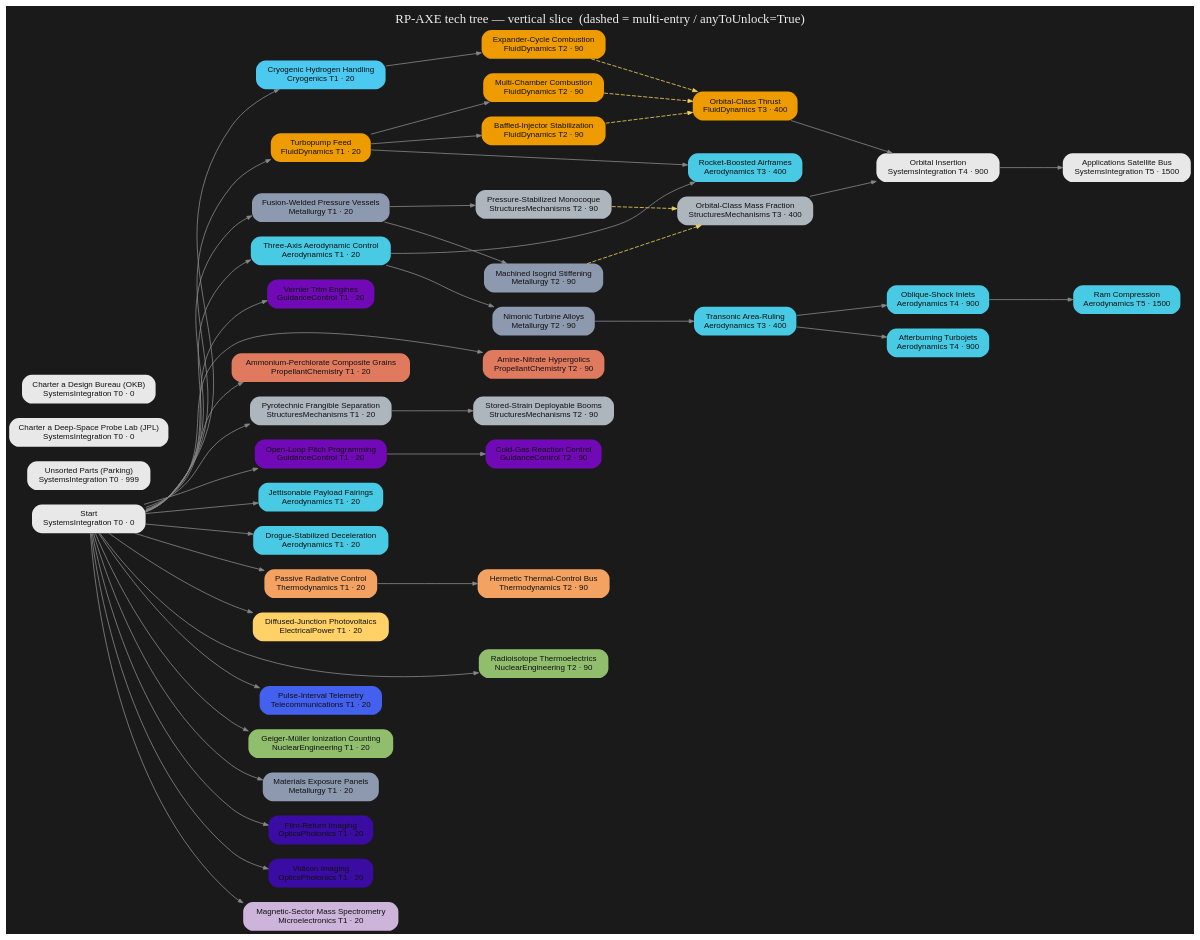
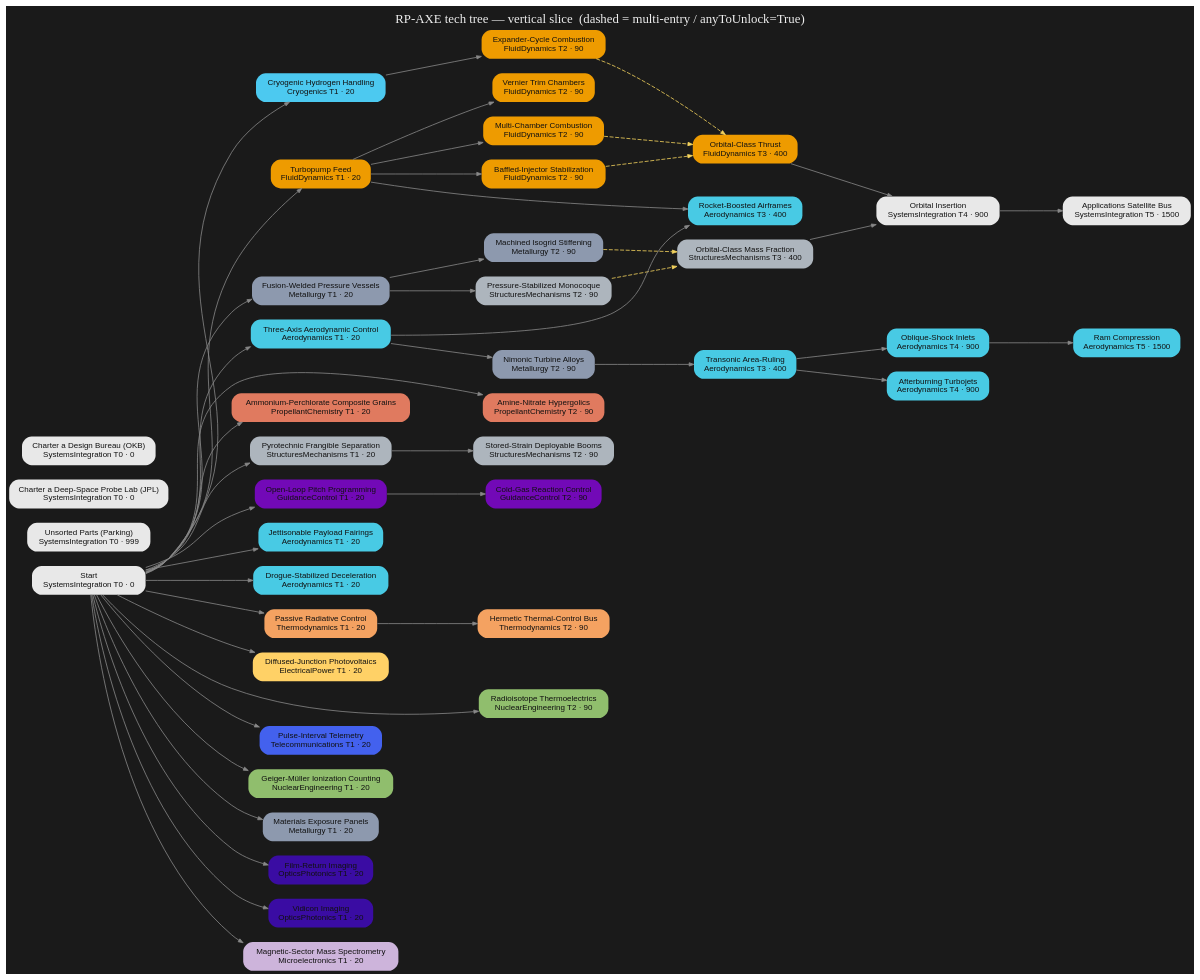
The diagram in tree/render/axe-tree.dot (miskoltrans/RP-AXE), drawn with Graphviz before and after one commit. The commit also changed 5 other files, not shown here.

First line of the commit message:
tree: move verniers to Fluid Dynamics T2 (home by propulsion, not function)

```diff
--- a/tree/render/axe-tree.dot
+++ b/tree/render/axe-tree.dot
@@ -1,98 +1,98 @@
 digraph AXE {
   rankdir=LR; bgcolor="#1a1a1a"; nodesep=0.25; ranksep=1.1;
   node[shape=box,style="filled,rounded",fontname="Helvetica",fontsize=10,color="#00000000"];
   edge[color="#888888",arrowsize=0.6];
   "start" [label="Start\nSystemsIntegration T0 · 0",fillcolor="#e8e8e8",fontcolor="#111111"];
   "parking" [label="Unsorted Parts (Parking)\nSystemsIntegration T0 · 999",fillcolor="#e8e8e8",fontcolor="#111111"];
   "hire_JPL" [label="Charter a Deep-Space Probe Lab (JPL)\nSystemsIntegration T0 · 0",fillcolor="#e8e8e8",fontcolor="#111111"];
   "hire_OKB" [label="Charter a Design Bureau (OKB)\nSystemsIntegration T0 · 0",fillcolor="#e8e8e8",fontcolor="#111111"];
   "fd_turbopumpFeed" [label="Turbopump Feed\nFluidDynamics T1 · 20",fillcolor="#ee9b00",fontcolor="#111111"];
   "fd_multiChamber" [label="Multi-Chamber Combustion\nFluidDynamics T2 · 90",fillcolor="#ee9b00",fontcolor="#111111"];
   "fd_baffledInjector" [label="Baffled-Injector Stabilization\nFluidDynamics T2 · 90",fillcolor="#ee9b00",fontcolor="#111111"];
-  "fd_verniers" [label="Vernier Trim Engines\nGuidanceControl T1 · 20",fillcolor="#7209b7",fontcolor="#111111"];
+  "fd_verniers" [label="Vernier Trim Chambers\nFluidDynamics T2 · 90",fillcolor="#ee9b00",fontcolor="#111111"];
   "pc_hypergolics" [label="Amine-Nitrate Hypergolics\nPropellantChemistry T2 · 90",fillcolor="#e07a5f",fontcolor="#111111"];
   "cryo_hydrogen" [label="Cryogenic Hydrogen Handling\nCryogenics T1 · 20",fillcolor="#4cc9f0",fontcolor="#111111"];
   "fd_expanderCycle" [label="Expander-Cycle Combustion\nFluidDynamics T2 · 90",fillcolor="#ee9b00",fontcolor="#111111"];
   "fd_orbitalThrust" [label="Orbital-Class Thrust\nFluidDynamics T3 · 400",fillcolor="#ee9b00",fontcolor="#111111"];
   "pc_solidGrains" [label="Ammonium-Perchlorate Composite Grains\nPropellantChemistry T1 · 20",fillcolor="#e07a5f",fontcolor="#111111"];
   "met_weldedTank" [label="Fusion-Welded Pressure Vessels\nMetallurgy T1 · 20",fillcolor="#8d99ae",fontcolor="#111111"];
   "met_isogrid" [label="Machined Isogrid Stiffening\nMetallurgy T2 · 90",fillcolor="#8d99ae",fontcolor="#111111"];
   "str_balloonTank" [label="Pressure-Stabilized Monocoque\nStructuresMechanisms T2 · 90",fillcolor="#adb5bd",fontcolor="#111111"];
   "str_orbitalMassFraction" [label="Orbital-Class Mass Fraction\nStructuresMechanisms T3 · 400",fillcolor="#adb5bd",fontcolor="#111111"];
   "str_staging" [label="Pyrotechnic Frangible Separation\nStructuresMechanisms T1 · 20",fillcolor="#adb5bd",fontcolor="#111111"];
   "gnc_pitchProgram" [label="Open-Loop Pitch Programming\nGuidanceControl T1 · 20",fillcolor="#7209b7",fontcolor="#111111"];
   "gnc_rcs" [label="Cold-Gas Reaction Control\nGuidanceControl T2 · 90",fillcolor="#7209b7",fontcolor="#111111"];
   "str_booms" [label="Stored-Strain Deployable Booms\nStructuresMechanisms T2 · 90",fillcolor="#adb5bd",fontcolor="#111111"];
   "aero_fairings" [label="Jettisonable Payload Fairings\nAerodynamics T1 · 20",fillcolor="#48cae4",fontcolor="#111111"];
   "aero_recovery" [label="Drogue-Stabilized Deceleration\nAerodynamics T1 · 20",fillcolor="#48cae4",fontcolor="#111111"];
   "th_radiativeControl" [label="Passive Radiative Control\nThermodynamics T1 · 20",fillcolor="#f4a261",fontcolor="#111111"];
   "th_hermeticBus" [label="Hermetic Thermal-Control Bus\nThermodynamics T2 · 90",fillcolor="#f4a261",fontcolor="#111111"];
   "elec_siliconPV" [label="Diffused-Junction Photovoltaics\nElectricalPower T1 · 20",fillcolor="#ffd166",fontcolor="#111111"];
   "nuc_rtg" [label="Radioisotope Thermoelectrics\nNuclearEngineering T2 · 90",fillcolor="#90be6d",fontcolor="#111111"];
   "tel_telemetry" [label="Pulse-Interval Telemetry\nTelecommunications T1 · 20",fillcolor="#4361ee",fontcolor="#111111"];
   "nuc_geiger" [label="Geiger-Müller Ionization Counting\nNuclearEngineering T1 · 20",fillcolor="#90be6d",fontcolor="#111111"];
   "met_exposurePanels" [label="Materials Exposure Panels\nMetallurgy T1 · 20",fillcolor="#8d99ae",fontcolor="#111111"];
   "opt_filmReturn" [label="Film-Return Imaging\nOpticsPhotonics T1 · 20",fillcolor="#3a0ca3",fontcolor="#111111"];
   "opt_vidicon" [label="Vidicon Imaging\nOpticsPhotonics T1 · 20",fillcolor="#3a0ca3",fontcolor="#111111"];
   "mic_massSpec" [label="Magnetic-Sector Mass Spectrometry\nMicroelectronics T1 · 20",fillcolor="#cdb4db",fontcolor="#111111"];
   "int_orbitalInsertion" [label="Orbital Insertion\nSystemsIntegration T4 · 900",fillcolor="#e8e8e8",fontcolor="#111111"];
   "int_applicationsSat" [label="Applications Satellite Bus\nSystemsIntegration T5 · 1500",fillcolor="#e8e8e8",fontcolor="#111111"];
   "xplaneStart" [label="Three-Axis Aerodynamic Control\nAerodynamics T1 · 20",fillcolor="#48cae4",fontcolor="#111111"];
   "met_turbineAlloys" [label="Nimonic Turbine Alloys\nMetallurgy T2 · 90",fillcolor="#8d99ae",fontcolor="#111111"];
   "aero_areaRule" [label="Transonic Area-Ruling\nAerodynamics T3 · 400",fillcolor="#48cae4",fontcolor="#111111"];
   "aero_shockInlets" [label="Oblique-Shock Inlets\nAerodynamics T4 · 900",fillcolor="#48cae4",fontcolor="#111111"];
   "aero_afterburner" [label="Afterburning Turbojets\nAerodynamics T4 · 900",fillcolor="#48cae4",fontcolor="#111111"];
   "aero_ramjet" [label="Ram Compression\nAerodynamics T5 · 1500",fillcolor="#48cae4",fontcolor="#111111"];
   "aero_rocketplane" [label="Rocket-Boosted Airframes\nAerodynamics T3 · 400",fillcolor="#48cae4",fontcolor="#111111"];
   { rank=same; "start" "parking" "hire_JPL" "hire_OKB" }
-  { rank=same; "fd_turbopumpFeed" "fd_verniers" "cryo_hydrogen" "pc_solidGrains" "met_weldedTank" "str_staging" "gnc_pitchProgram" "aero_fairings" "aero_recovery" "th_radiativeControl" "elec_siliconPV" "tel_telemetry" "nuc_geiger" "met_exposurePanels" "opt_filmReturn" "opt_vidicon" "mic_massSpec" "xplaneStart" }
-  { rank=same; "fd_multiChamber" "fd_baffledInjector" "pc_hypergolics" "fd_expanderCycle" "met_isogrid" "str_balloonTank" "gnc_rcs" "str_booms" "th_hermeticBus" "nuc_rtg" "met_turbineAlloys" }
+  { rank=same; "fd_turbopumpFeed" "cryo_hydrogen" "pc_solidGrains" "met_weldedTank" "str_staging" "gnc_pitchProgram" "aero_fairings" "aero_recovery" "th_radiativeControl" "elec_siliconPV" "tel_telemetry" "nuc_geiger" "met_exposurePanels" "opt_filmReturn" "opt_vidicon" "mic_massSpec" "xplaneStart" }
+  { rank=same; "fd_multiChamber" "fd_baffledInjector" "fd_verniers" "pc_hypergolics" "fd_expanderCycle" "met_isogrid" "str_balloonTank" "gnc_rcs" "str_booms" "th_hermeticBus" "nuc_rtg" "met_turbineAlloys" }
   { rank=same; "fd_orbitalThrust" "str_orbitalMassFraction" "aero_areaRule" "aero_rocketplane" }
   { rank=same; "int_orbitalInsertion" "aero_shockInlets" "aero_afterburner" }
   { rank=same; "int_applicationsSat" "aero_ramjet" }
   "start" -> "fd_turbopumpFeed" [style=solid];
   "fd_turbopumpFeed" -> "fd_multiChamber" [style=solid];
   "fd_turbopumpFeed" -> "fd_baffledInjector" [style=solid];
-  "start" -> "fd_verniers" [style=solid];
+  "fd_turbopumpFeed" -> "fd_verniers" [style=solid];
   "start" -> "pc_hypergolics" [style=solid];
   "start" -> "cryo_hydrogen" [style=solid];
   "cryo_hydrogen" -> "fd_expanderCycle" [style=solid];
   "fd_multiChamber" -> "fd_orbitalThrust" [style=dashed,color="#f4d35e"];
   "fd_baffledInjector" -> "fd_orbitalThrust" [style=dashed,color="#f4d35e"];
   "fd_expanderCycle" -> "fd_orbitalThrust" [style=dashed,color="#f4d35e"];
   "start" -> "pc_solidGrains" [style=solid];
   "start" -> "met_weldedTank" [style=solid];
   "met_weldedTank" -> "met_isogrid" [style=solid];
   "met_weldedTank" -> "str_balloonTank" [style=solid];
   "met_isogrid" -> "str_orbitalMassFraction" [style=dashed,color="#f4d35e"];
   "str_balloonTank" -> "str_orbitalMassFraction" [style=dashed,color="#f4d35e"];
   "start" -> "str_staging" [style=solid];
   "start" -> "gnc_pitchProgram" [style=solid];
   "gnc_pitchProgram" -> "gnc_rcs" [style=solid];
   "str_staging" -> "str_booms" [style=solid];
   "start" -> "aero_fairings" [style=solid];
   "start" -> "aero_recovery" [style=solid];
   "start" -> "th_radiativeControl" [style=solid];
   "th_radiativeControl" -> "th_hermeticBus" [style=solid];
   "start" -> "elec_siliconPV" [style=solid];
   "start" -> "nuc_rtg" [style=solid];
   "start" -> "tel_telemetry" [style=solid];
   "start" -> "nuc_geiger" [style=solid];
   "start" -> "met_exposurePanels" [style=solid];
   "start" -> "opt_filmReturn" [style=solid];
   "start" -> "opt_vidicon" [style=solid];
   "start" -> "mic_massSpec" [style=solid];
   "fd_orbitalThrust" -> "int_orbitalInsertion" [style=solid];
   "str_orbitalMassFraction" -> "int_orbitalInsertion" [style=solid];
   "int_orbitalInsertion" -> "int_applicationsSat" [style=solid];
   "start" -> "xplaneStart" [style=solid];
   "xplaneStart" -> "met_turbineAlloys" [style=solid];
   "met_turbineAlloys" -> "aero_areaRule" [style=solid];
   "aero_areaRule" -> "aero_shockInlets" [style=solid];
   "aero_areaRule" -> "aero_afterburner" [style=solid];
   "aero_shockInlets" -> "aero_ramjet" [style=solid];
   "xplaneStart" -> "aero_rocketplane" [style=solid];
   "fd_turbopumpFeed" -> "aero_rocketplane" [style=solid];
   labelloc="t"; fontcolor="#eeeeee"; fontsize=16;
   label="RP-AXE tech tree — vertical slice  (dashed = multi-entry / anyToUnlock=True)";
 }
```
